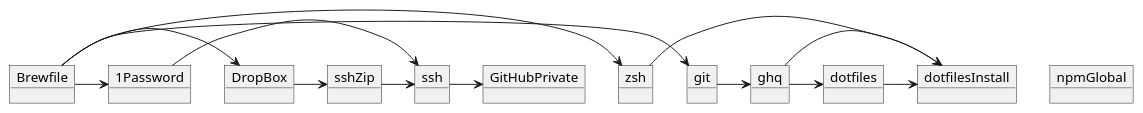
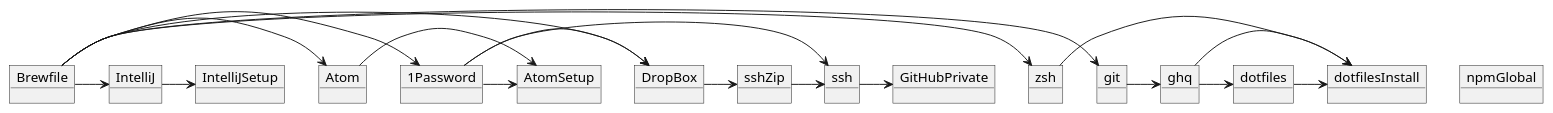
The diagram in dependency.pu (elzup/dotfiles), drawn with PlantUML before and after one commit.

Commit message:
Update dep

```diff
--- a/dependency.pu
+++ b/dependency.pu
@@ -1,42 +1,55 @@
 @startuml
 
 object Brewfile
 
 object git
 object ghq
 object zsh
 
 object dotfiles
 object dotfilesInstall
 object npmGlobal
 
 
 ' File
 object ssh
 object sshZip
 
 ' App
 object 1Password
 object DropBox
+object Atom
+object IntelliJ
+
+' App
+object AtomSetup
+object IntelliJSetup
 
 ' Service
 object GitHubPrivate
 
 Brewfile->git
 Brewfile->zsh
 Brewfile->DropBox
 Brewfile->1Password
+Brewfile->Atom
+Brewfile->IntelliJ
 
 sshZip->ssh
 1Password->ssh
+1Password->DropBox
+
+1Password->AtomSetup
+Atom->AtomSetup
+IntelliJ->IntelliJSetup
 
 zsh->dotfilesInstall
 ghq->dotfiles
 git->ghq
 DropBox->sshZip
 ssh->GitHubPrivate
 
 ghq->dotfilesInstall
 dotfiles->dotfilesInstall
 
 @enduml
```
